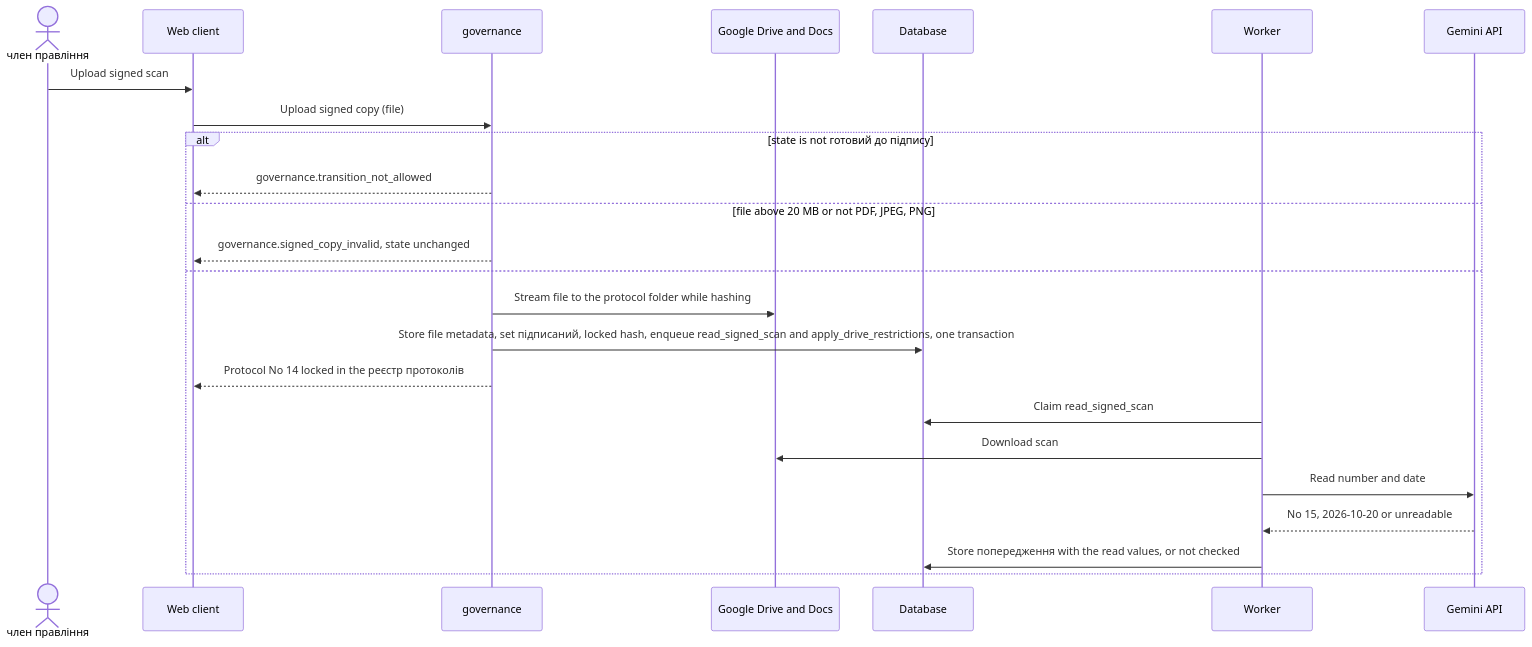
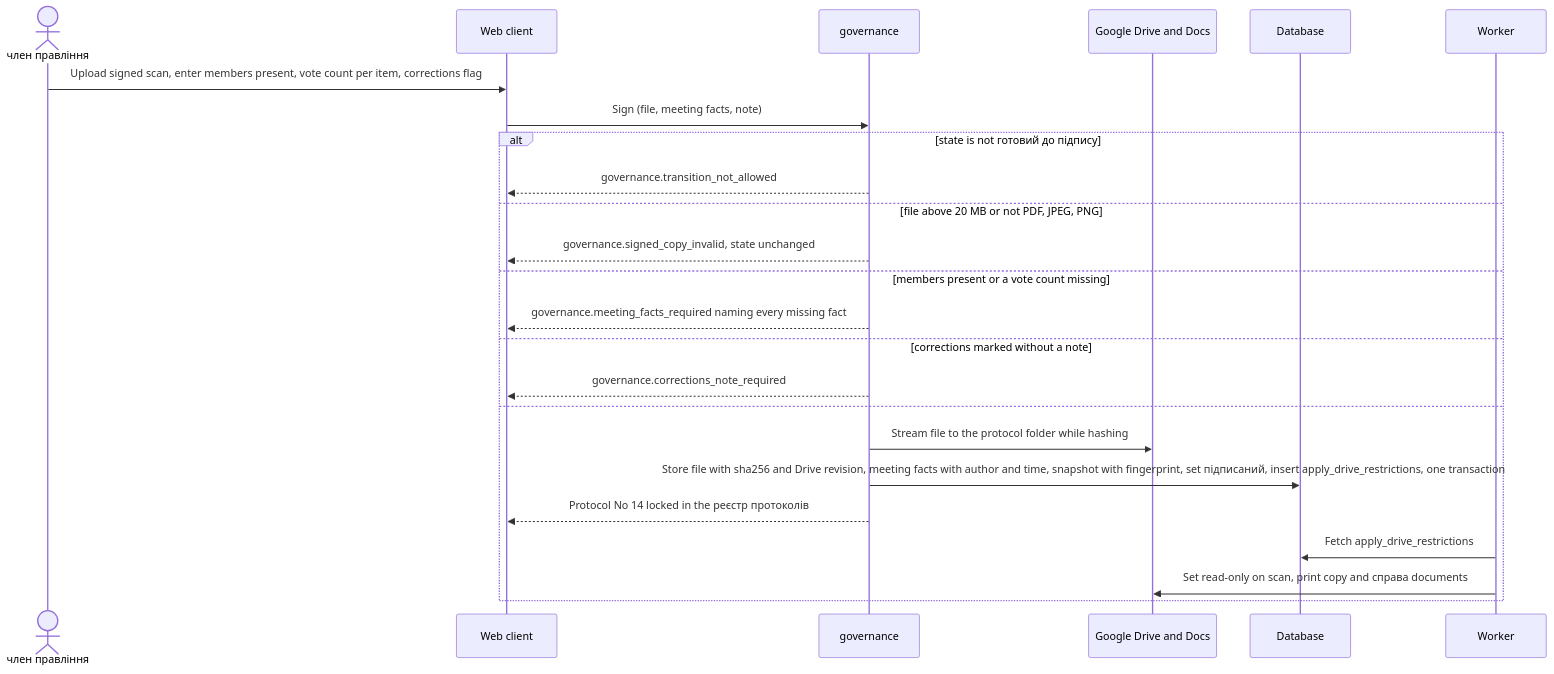
The eighth of 13 diagrams in docs/features/board-protocol/sad.ao-architecture.md (AndriiOpryshko/spilno), drawn with Mermaid before and after one commit. The commit also changed other lines of this file and 21 other files, not shown here.

First line of the commit message:
board-protocol: align ao-architecture SAD with Stage 1 scope and the shared decisions

````diff
--- a/docs/features/board-protocol/sad.ao-architecture.md
+++ b/docs/features/board-protocol/sad.ao-architecture.md
@@ -339,26 +370,26 @@
 ```mermaid
 sequenceDiagram
     actor M as член правління
     participant web as Web client
     participant gov as governance
     participant drive as Google Drive and Docs
     participant db as Database
     participant worker as Worker
-    participant gemini as Gemini API
-    M->>web: Upload signed scan
-    web->>gov: Upload signed copy (file)
+    M->>web: Upload signed scan, enter members present, vote count per item, corrections flag
+    web->>gov: Sign (file, meeting facts, note)
     alt state is not готовий до підпису
         gov-->>web: governance.transition_not_allowed
     else file above 20 MB or not PDF, JPEG, PNG
         gov-->>web: governance.signed_copy_invalid, state unchanged
+    else members present or a vote count missing
+        gov-->>web: governance.meeting_facts_required naming every missing fact
+    else corrections marked without a note
+        gov-->>web: governance.corrections_note_required
     else
         gov->>drive: Stream file to the protocol folder while hashing
-        gov->>db: Store file metadata, set підписаний, locked hash, enqueue read_signed_scan and apply_drive_restrictions, one transaction
+        gov->>db: Store file with sha256 and Drive revision, meeting facts with author and time, snapshot with fingerprint, set підписаний, insert apply_drive_restrictions, one transaction
         gov-->>web: Protocol No 14 locked in the реєстр протоколів
-        worker->>db: Claim read_signed_scan
-        worker->>drive: Download scan
-        worker->>gemini: Read number and date
-        gemini-->>worker: No 15, 2026-10-20 or unreadable
-        worker->>db: Store попередження with the read values, or not checked
+        worker->>db: Fetch apply_drive_restrictions
+        worker->>drive: Set read-only on scan, print copy and справа documents
     end
 ```
````
